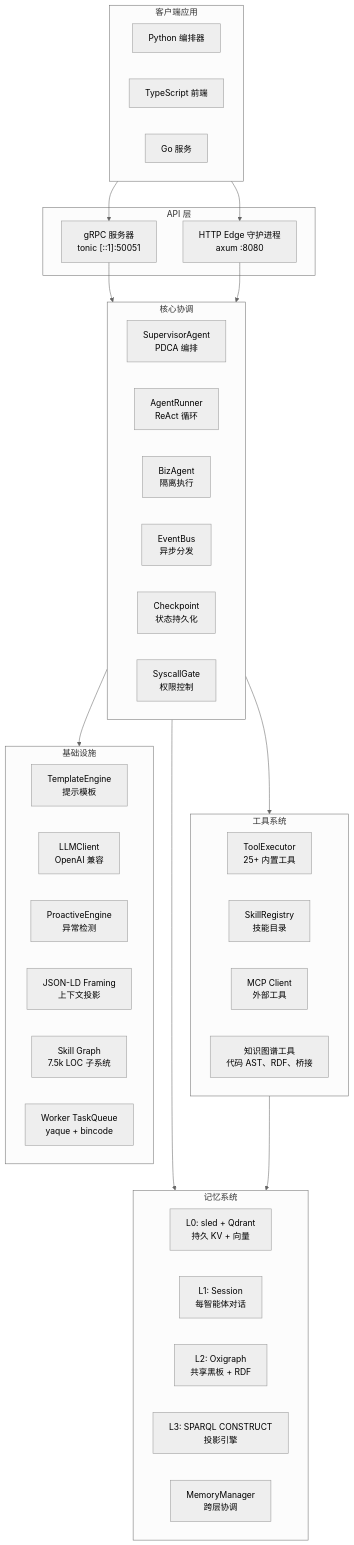
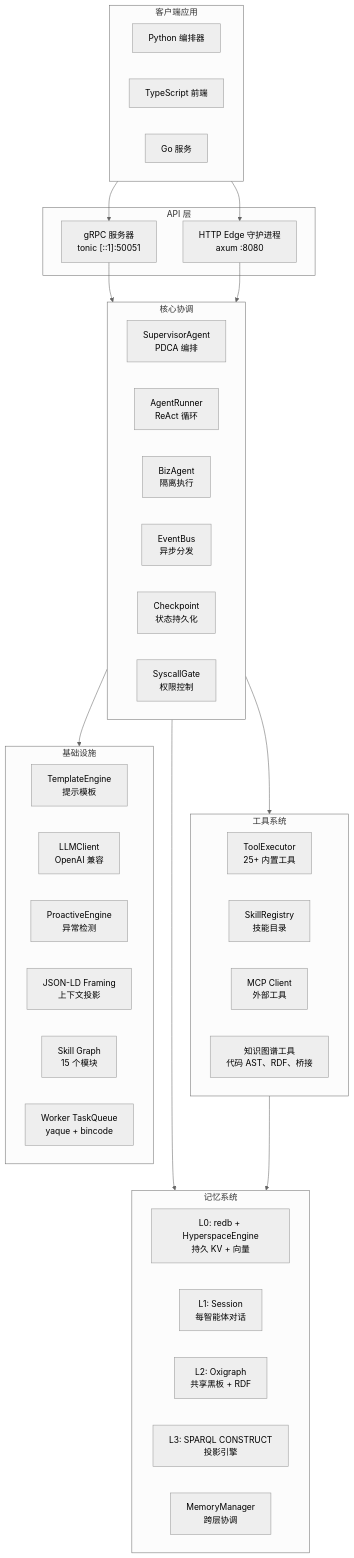
Diagram 16 of 17 in docs/DESIGN_DETAIL.zh.md (skaiy/Wild_AgentOS), drawn with Mermaid (neutral theme) before and after one commit. The commit also changed other lines of this file and 8 other files, not shown here.

````diff
--- a/docs/DESIGN_DETAIL.zh.md
+++ b/docs/DESIGN_DETAIL.zh.md
@@ -1022,55 +1022,55 @@
 ```mermaid
 graph TB
     subgraph Client["客户端应用"]
         PY["Python 编排器"]
         TS["TypeScript 前端"]
         GO["Go 服务"]
     end
     
     subgraph API["API 层"]
         GRPC["gRPC 服务器<br/>tonic [::1]:50051"]
         HTTP["HTTP Edge 守护进程<br/>axum :8080"]
     end
     
     subgraph Core["核心协调"]
         SA["SupervisorAgent<br/>PDCA 编排"]
         AR["AgentRunner<br/>ReAct 循环"]
         BA["BizAgent<br/>隔离执行"]
         EB["EventBus<br/>异步分发"]
         CP["Checkpoint<br/>状态持久化"]
         SG["SyscallGate<br/>权限控制"]
     end
     
     subgraph Memory["记忆系统"]
-        L0["L0: sled + Qdrant<br/>持久 KV + 向量"]
+        L0["L0: redb + HyperspaceEngine<br/>持久 KV + 向量"]
         L1["L1: Session<br/>每智能体对话"]
         L2["L2: Oxigraph<br/>共享黑板 + RDF"]
         L3["L3: SPARQL CONSTRUCT<br/>投影引擎"]
         MM["MemoryManager<br/>跨层协调"]
     end
     
     subgraph Tools["工具系统"]
         TE["ToolExecutor<br/>25+ 内置工具"]
         SR["SkillRegistry<br/>技能目录"]
         MCP["MCP Client<br/>外部工具"]
         KG["知识图谱工具<br/>代码 AST、RDF、桥接"]
     end
     
     subgraph Infra["基础设施"]
         TMPL["TemplateEngine<br/>提示模板"]
         LLM["LLMClient<br/>OpenAI 兼容"]
         PE["ProactiveEngine<br/>异常检测"]
         JL["JSON-LD Framing<br/>上下文投影"]
-        SKG["Skill Graph<br/>7.5k LOC 子系统"]
+        SKG["Skill Graph<br/>15 个模块"]
         WQ["Worker TaskQueue<br/>yaque + bincode"]
     end
     
     Client --> GRPC
     Client --> HTTP
     GRPC --> Core
     HTTP --> Core
     Core --> Memory
     Core --> Tools
     Core --> Infra
     Tools --> Memory
 ```
````
